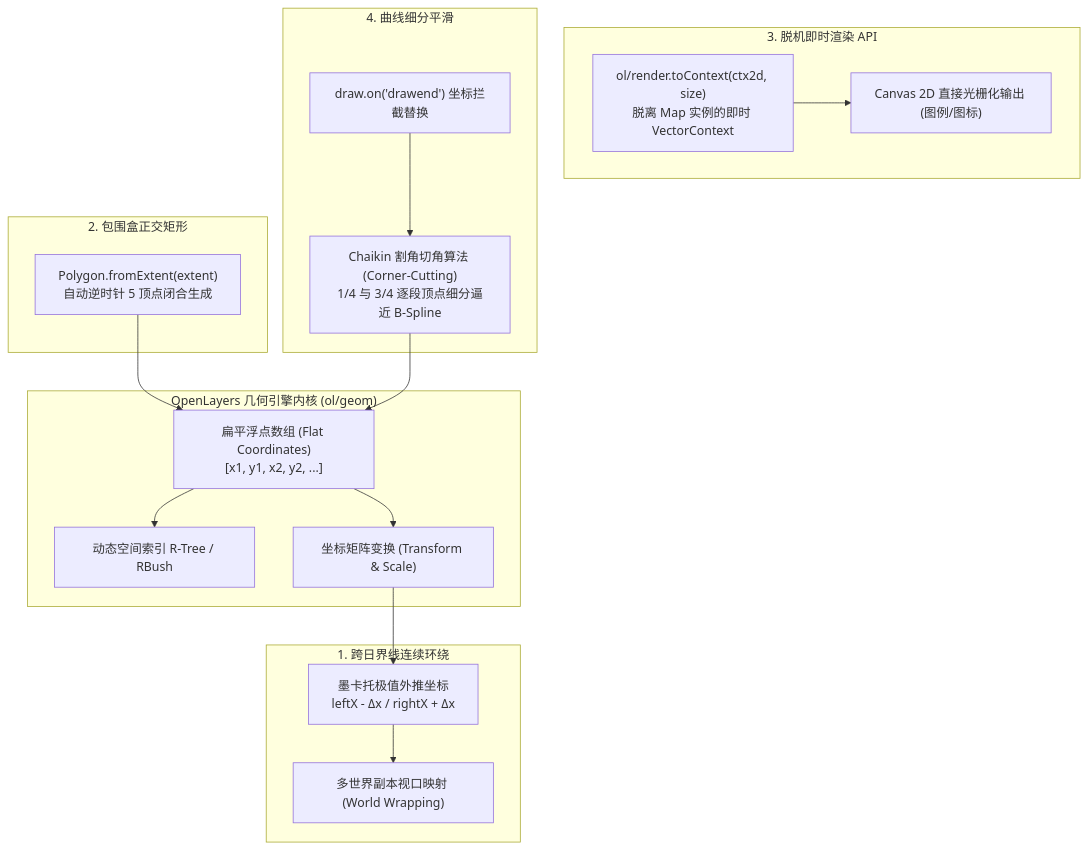
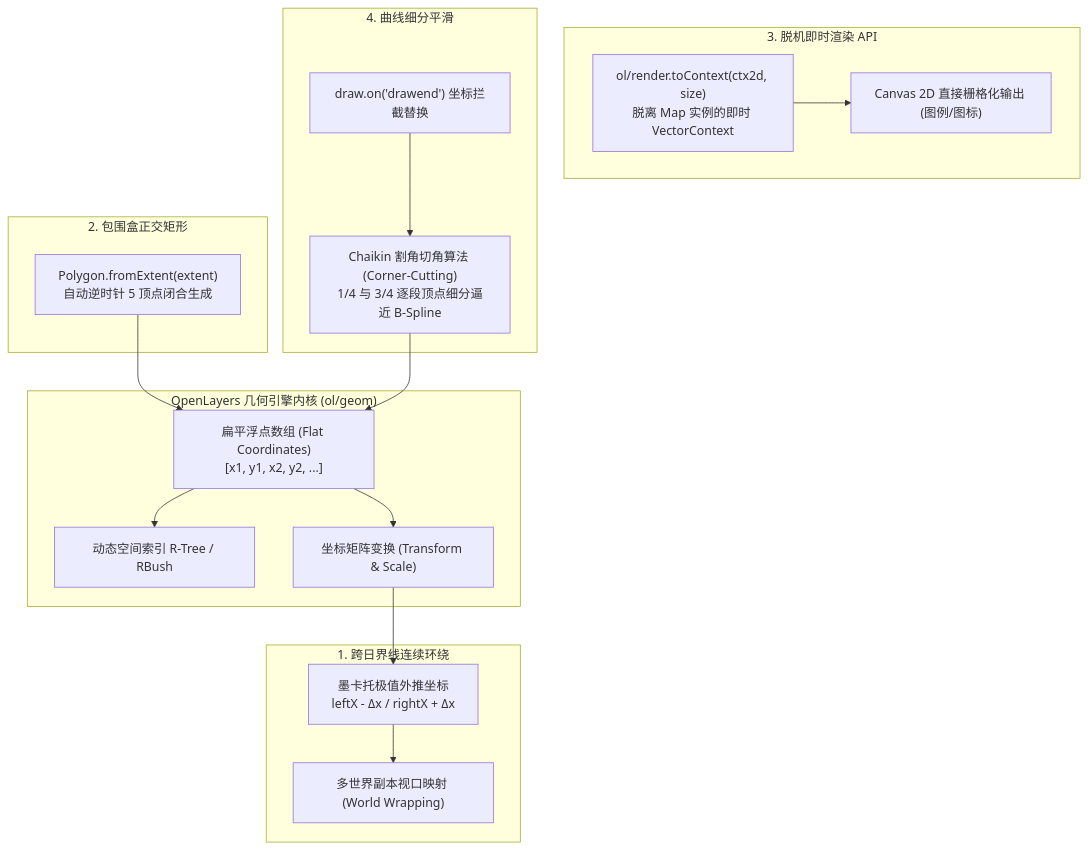
The first of 2 diagrams in site/summary/openlayers-geometry-wrapping-smoothing-guide.md (gisnotes/openlayers), drawn with Mermaid before and after one commit. The commit also changed 150 other files, not shown here.

````diff
--- a/site/summary/openlayers-geometry-wrapping-smoothing-guide.md
+++ b/site/summary/openlayers-geometry-wrapping-smoothing-guide.md
@@ -23,33 +23,33 @@
 ```mermaid
 flowchart TD
     subgraph GeomEngine["OpenLayers 几何引擎内核 (ol/geom)"]
         FlatCoords["扁平浮点数组 (Flat Coordinates)<br/>[x1, y1, x2, y2, ...]"]
         SpatialIndex["动态空间索引 R-Tree / RBush"]
         Transform["坐标矩阵变换 (Transform & Scale)"]
     end
 
     subgraph Problem1["1. 跨日界线连续环绕"]
         ExtX["墨卡托极值外推坐标<br/>leftX - Δx / rightX + Δx"]
         WrapMgr["多世界副本视口映射 (World Wrapping)"]
     end
 
     subgraph Problem2["2. 包围盒正交矩形"]
         FromExtent["Polygon.fromExtent(extent)<br/>自动逆时针 5 顶点闭合生成"]
     end
 
     subgraph Problem3["3. 脱机即时渲染 API"]
         ToCtx["ol/render.toContext(ctx2d, size)<br/>脱离 Map 实例的即时 VectorContext"]
-        CanvasDirect["Canvas 2D 直接光栅化输出 (图例/图标)"]
+        CanvasDirect["Canvas 2D 直接栅格化输出 (图例/图标)"]
     end
 
     subgraph Problem4["4. 曲线细分平滑"]
         Chaikin["Chaikin 割角切角算法 (Corner-Cutting)<br/>1/4 与 3/4 逐段顶点细分逼近 B-Spline"]
         DrawIntercept["draw.on('drawend') 坐标拦截替换"]
     end
 
     FlatCoords --> SpatialIndex & Transform
     Transform --> ExtX --> WrapMgr
     FromExtent --> FlatCoords
     ToCtx --> CanvasDirect
     DrawIntercept --> Chaikin --> FlatCoords
 ```
````
